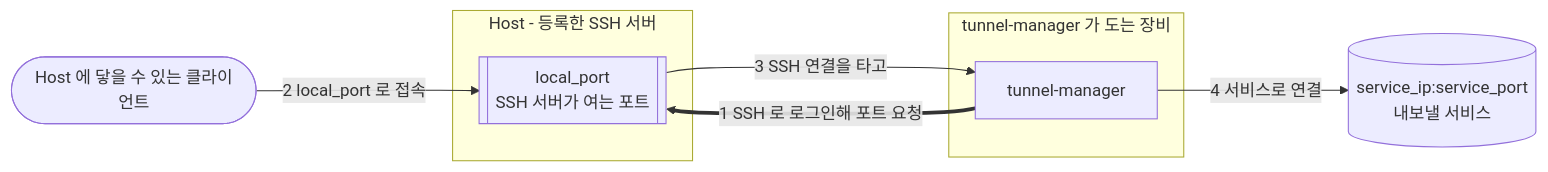
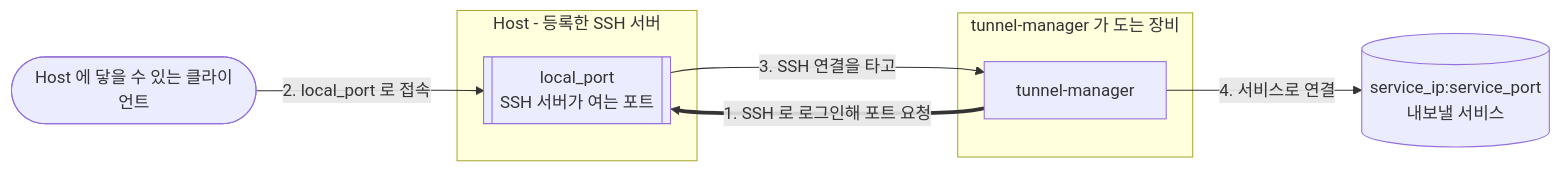
The diagram in docs/README.ko.md (jollaman999/tunnel-manager), drawn with Mermaid before and after one commit. The commit also changed 3 other files, not shown here.

Commit message:
docs: Number the diagram steps as ordinals

````diff
--- a/docs/README.ko.md
+++ b/docs/README.ko.md
@@ -14,16 +14,16 @@
 ```mermaid
 flowchart LR
     client([Host 에 닿을 수 있는 클라이언트])
     subgraph host [Host - 등록한 SSH 서버]
         port[["local_port<br/>SSH 서버가 여는 포트"]]
     end
     subgraph here [tunnel-manager 가 도는 장비]
         tm[tunnel-manager]
     end
     service[("service_ip:service_port<br/>내보낼 서비스")]
 
-    tm ==>|1 SSH 로 로그인해 포트 요청| port
-    client -->|2 local_port 로 접속| port
-    port -->|3 SSH 연결을 타고| tm
-    tm -->|4 서비스로 연결| service
+    tm ==>|"1. SSH 로 로그인해 포트 요청"| port
+    client -->|"2. local_port 로 접속"| port
+    port -->|"3. SSH 연결을 타고"| tm
+    tm -->|"4. 서비스로 연결"| service
 ```
````
